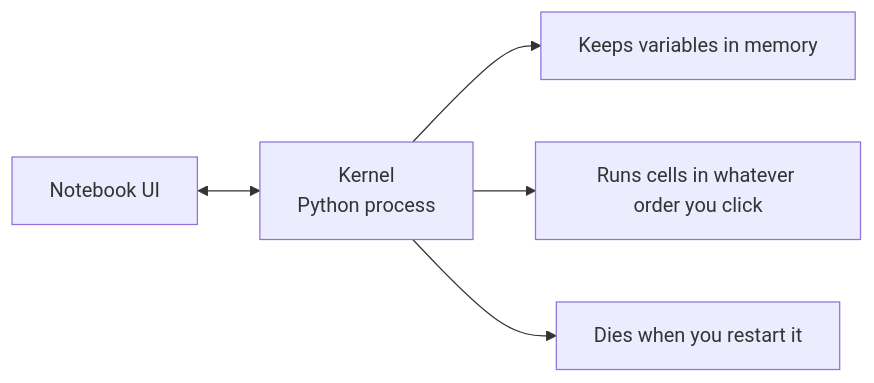
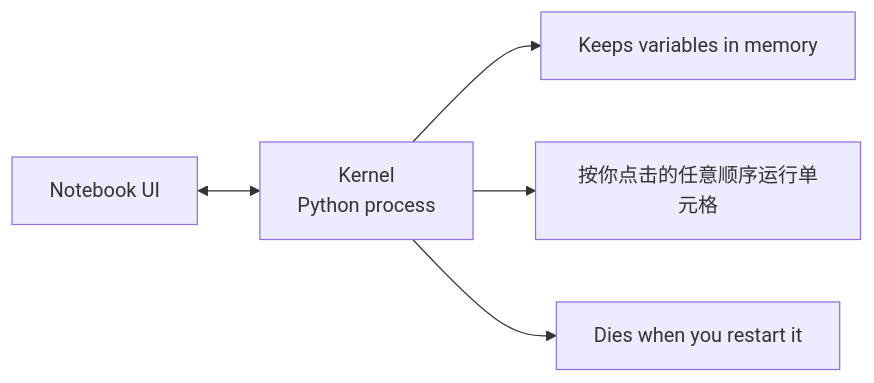
Before and after one commit to omigaZen/ai-engineering-from-scratch: the second of 2 diagrams in phases/00-setup-and-tooling/05-jupyter-notebooks/docs/zh.md, drawn with Mermaid.

Commit message:
feat(phase-00/05): refine zh jupyter wording

````diff
--- a/phases/00-setup-and-tooling/05-jupyter-notebooks/docs/zh.md
+++ b/phases/00-setup-and-tooling/05-jupyter-notebooks/docs/zh.md
@@ -34,7 +34,7 @@
 ```mermaid
 graph LR
     A[Notebook UI] <--> B[Kernel\nPython process]
     B --> C[Keeps variables in memory]
-    B --> D[Runs cells in whatever order you click]
+    B --> D[按你点击的任意顺序运行单元格]
     B --> E[Dies when you restart it]
 ```
````
